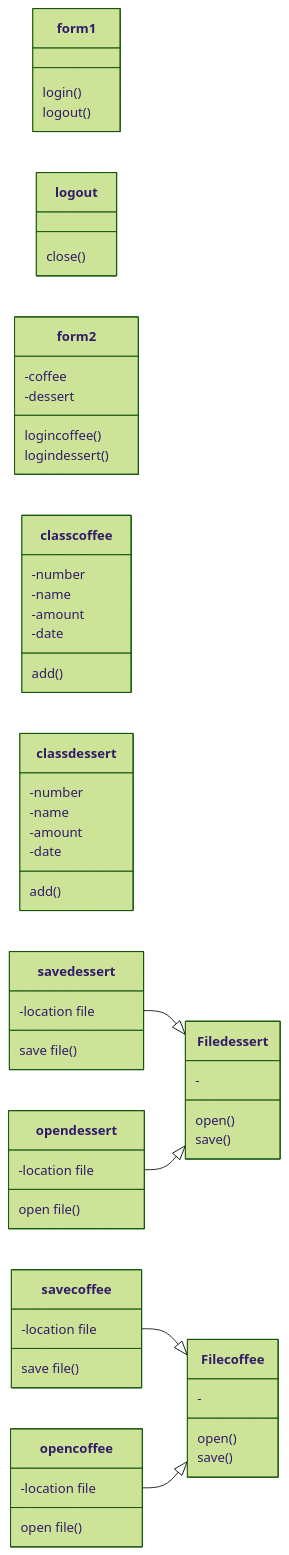
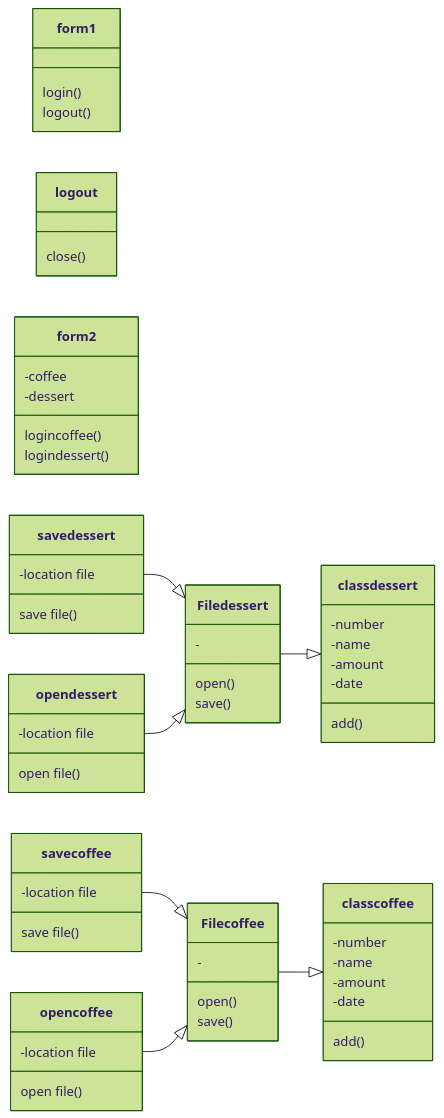
One commit to Syxsaran/ReportSalesCoffee changed the diagram in README.md. Above: the diagram before and after it, drawn with Mermaid (forest theme).

````diff
--- a/README.md
+++ b/README.md
@@ -11,62 +11,65 @@
 ```mermaid
 classDiagram
   direction LR
   class form1{
   login()
   logout()
   }
   class logout{
   close()
   }
   class form2{
   -coffee
   -dessert
   logincoffee()
   logindessert()
   }
   class classcoffee{
   -number
   -name
   -amount
   -date
   add()
   }
   class classdessert{
   -number
   -name
   -amount
   -date
   add()
   }
   class Filecoffee{
   -
   open()
   save()
   }
   class Filedessert{
   -
   open()
   save()
   }
   class opendessert{
   -location file
   open file()
   }
   class savedessert{
   -location file
   save file()
   }
   class opencoffee{
   -location file
   open file()
   }
   class savecoffee{
   -location file
   save file()
   }
   savecoffee --|> Filecoffee
   opencoffee --|> Filecoffee
   
   savedessert --|> Filedessert
   opendessert --|> Filedessert
+  
+  Filedessert --|> classdessert
+  Filecoffee --|> classcoffee
   ```
````
